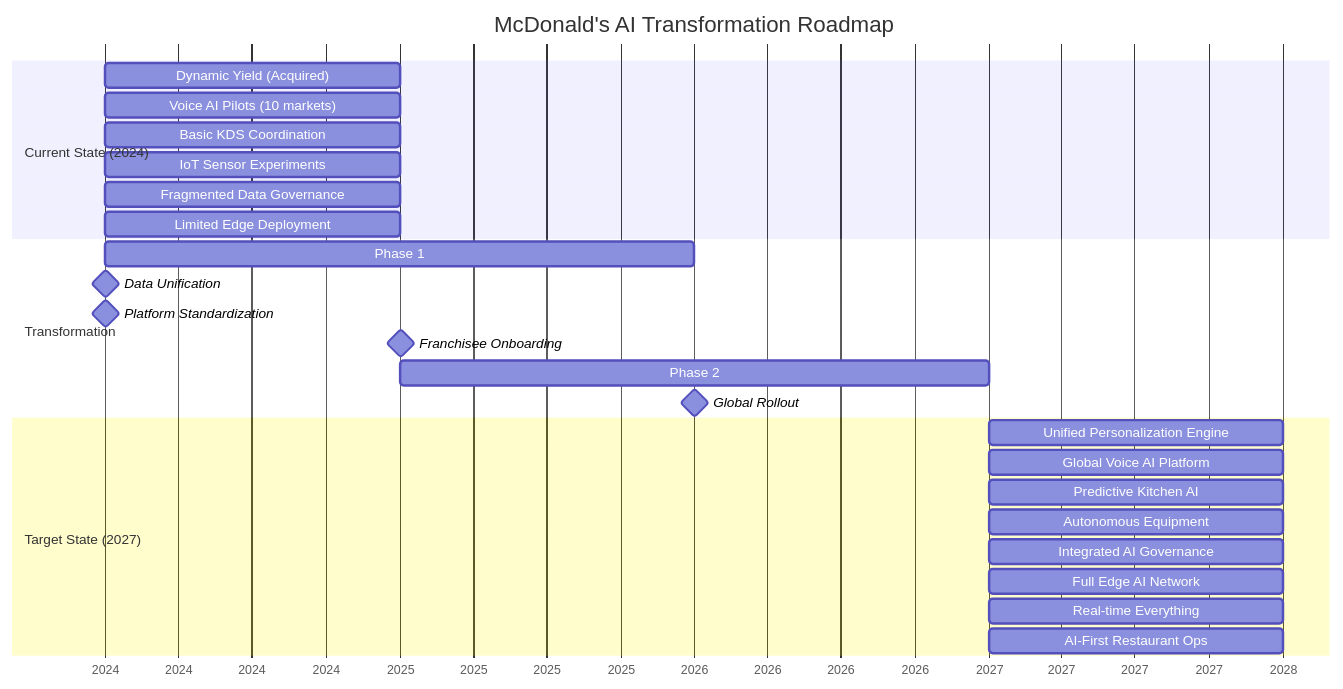
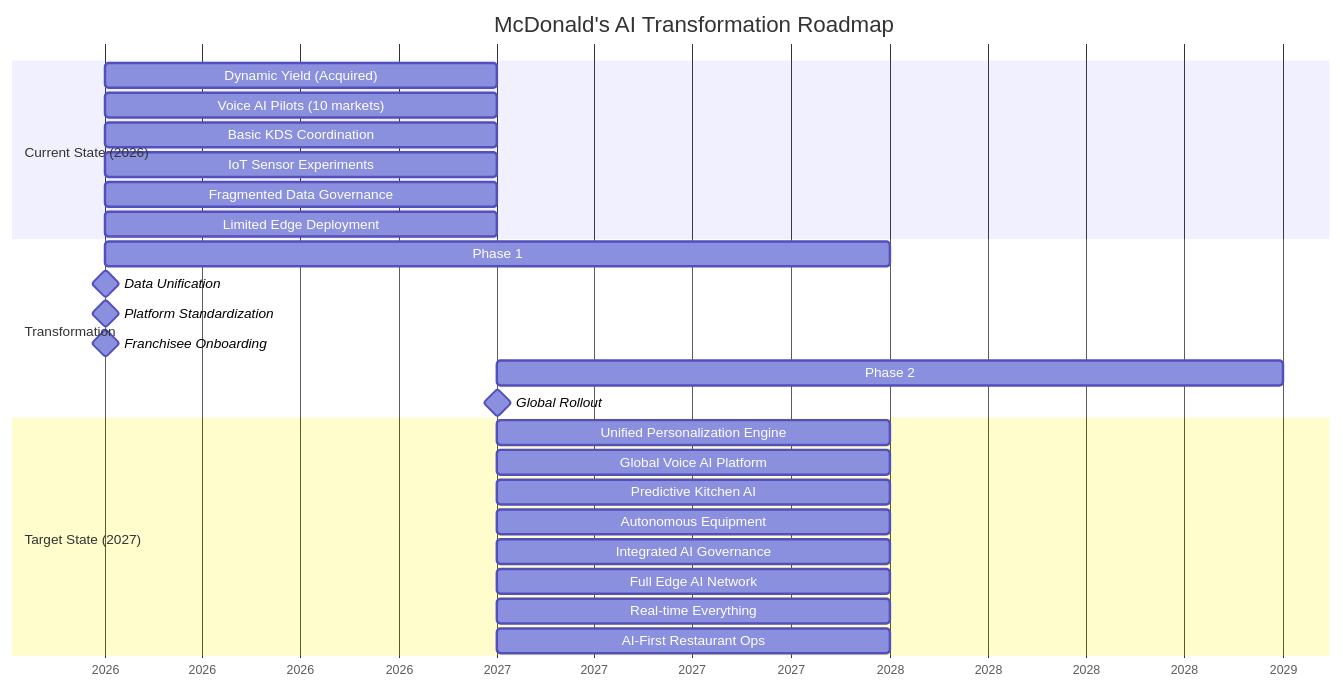
Before and after one commit to manuelbomi/Enterprise-Architecture-for-McDonald-s-AI-Data-Driven-Transformation-An-Architect-s-Strategic-Bluepr: the diagram in README.md, drawn with Mermaid.

````diff
--- a/README.md
+++ b/README.md
@@ -61,33 +61,33 @@
 ```mermaid
 gantt
     title McDonald's AI Transformation Roadmap
     dateFormat  YYYY
     axisFormat  %Y
     
-    section Current State (2024)
-    Dynamic Yield (Acquired) :2024, 1y
-    Voice AI Pilots (10 markets) :2024, 1y
-    Basic KDS Coordination :2024, 1y
-    IoT Sensor Experiments :2024, 1y
-    Fragmented Data Governance :2024, 1y
-    Limited Edge Deployment :2024, 1y
+    section Current State (2026)
+    Dynamic Yield (Acquired) :2026, 1y
+    Voice AI Pilots (10 markets) :2026, 1y
+    Basic KDS Coordination :2026, 1y
+    IoT Sensor Experiments :2026, 1y
+    Fragmented Data Governance :2026, 1y
+    Limited Edge Deployment :2026, 1y
     
     section Transformation
-    Phase 1: Foundation :2024, 2y
-    Data Unification :milestone, 2024, 1d
-    Platform Standardization :milestone, 2024, 1d
-    Franchisee Onboarding :milestone, 2025, 1d
+    Phase 1: Foundation :2026, 2y
+    Data Unification :milestone, 2026, 1d
+    Platform Standardization :milestone, 2026, 1d
+    Franchisee Onboarding :milestone, 2026, 1d
     
-    Phase 2: Scale :2025, 2y
-    Global Rollout :milestone, 2026, 1d
+    Phase 2: Scale :2027, 2y
+    Global Rollout :milestone, 2027, 1d
     
     section Target State (2027)
     Unified Personalization Engine :2027, 1y
     Global Voice AI Platform :2027, 1y
     Predictive Kitchen AI :2027, 1y
     Autonomous Equipment :2027, 1y
     Integrated AI Governance :2027, 1y
     Full Edge AI Network :2027, 1y
     Real-time Everything :2027, 1y
     AI-First Restaurant Ops :2027, 1y
 ```
````
